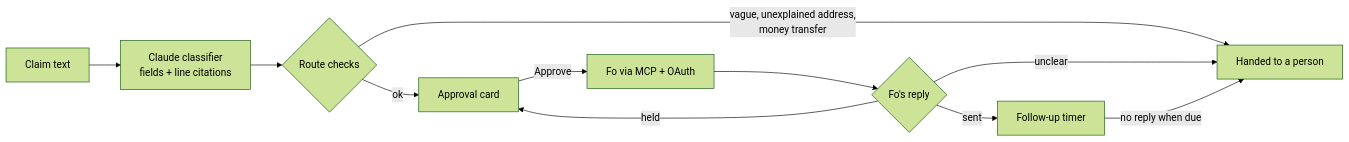
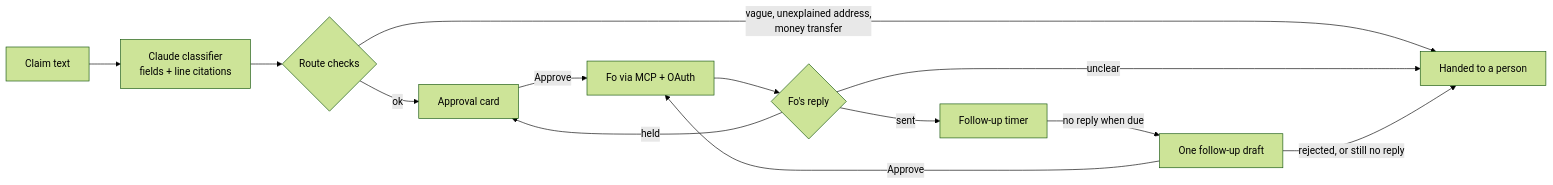
One commit to DHYEY166/fo-claims-agent changed the diagram in README.md. Above: the diagram before and after it, drawn with Mermaid (forest theme). The commit also changed other lines of this file, not shown here.

Commit message:
README: known limitations, single approved follow-up, 132 tests

````diff
--- a/README.md
+++ b/README.md
@@ -30,13 +32,15 @@
 ```mermaid
 flowchart LR
   A[Claim text] --> B[Claude classifier<br/>fields + line citations]
   B --> C{Route checks}
   C -- vague, unexplained address,<br/>money transfer --> H[Handed to a person]
   C -- ok --> D[Approval card]
   D -- Approve --> E[Fo via MCP + OAuth]
   E --> F{Fo's reply}
   F -- sent --> G[Follow-up timer]
   F -- held --> D
   F -- unclear --> H
-  G -- no reply when due --> H
+  G -- no reply when due --> I[One follow-up draft]
+  I -- Approve --> E
+  I -- rejected, or still no reply --> H
 ```
````
